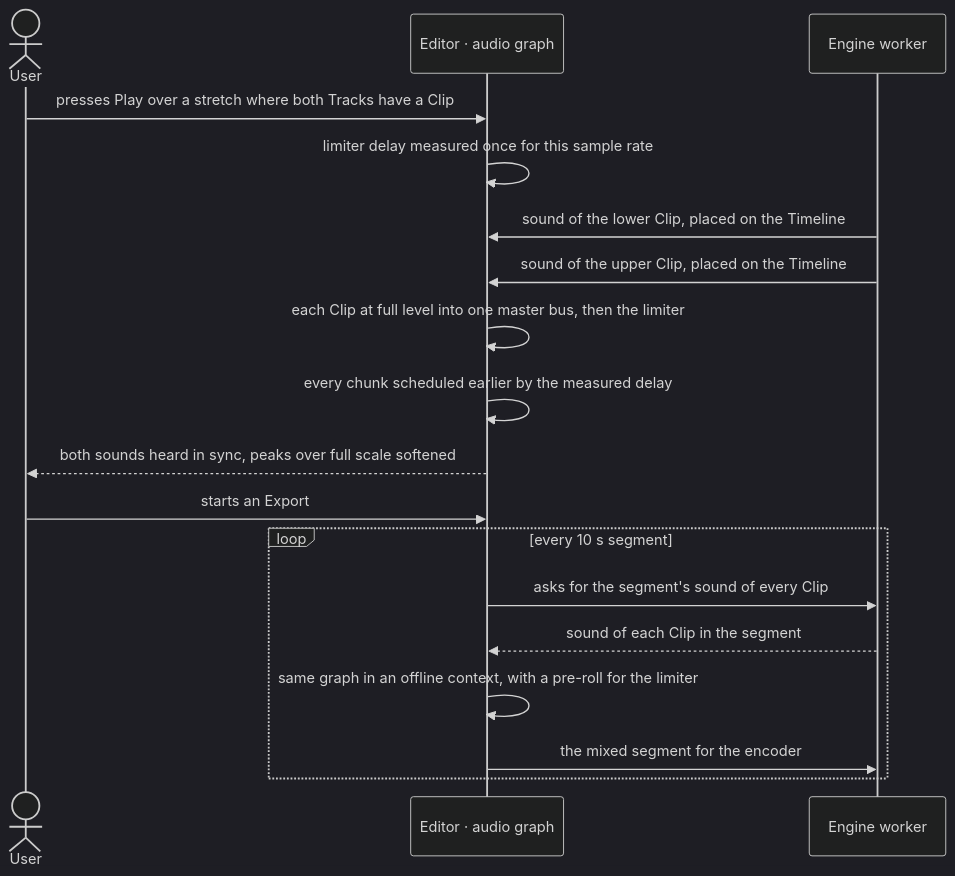
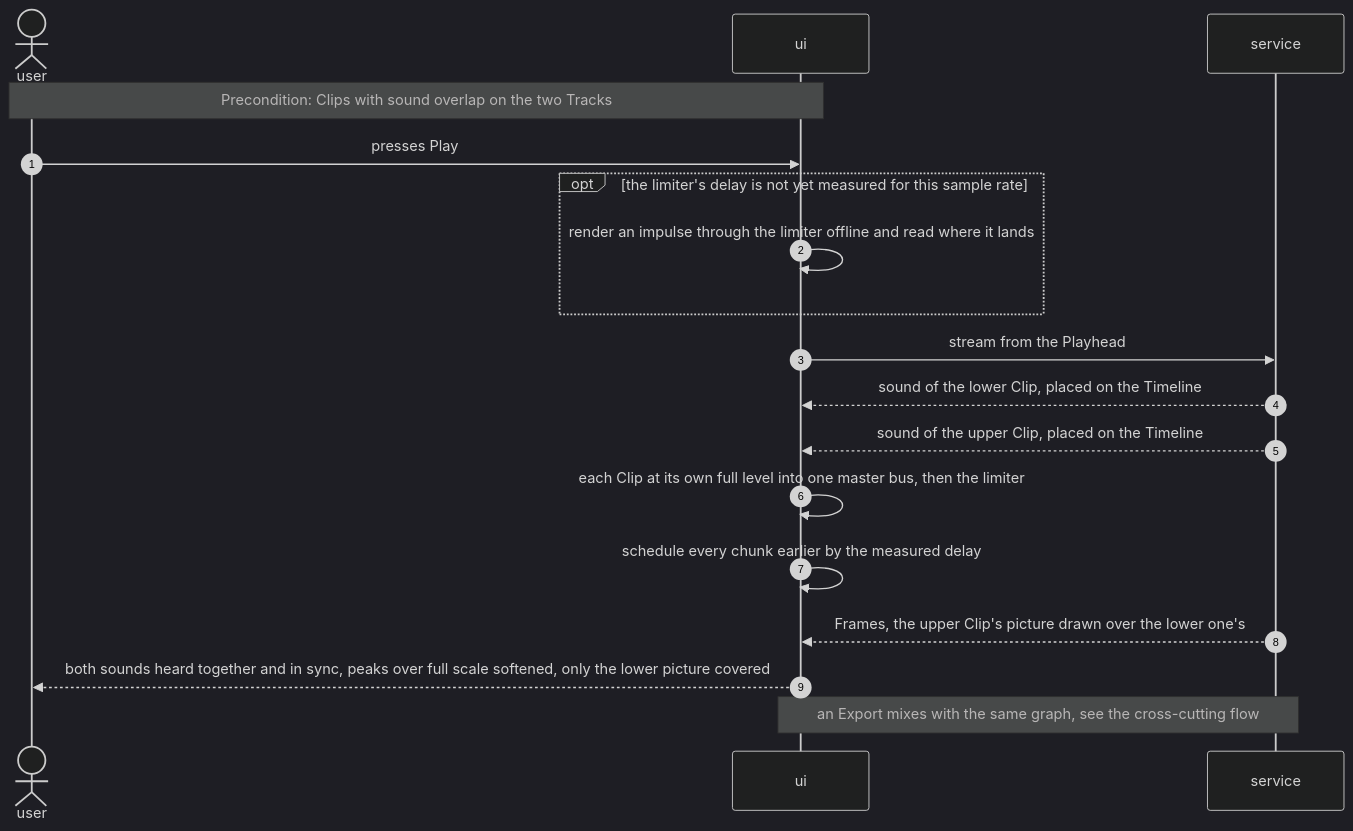
Before and after one commit to GopkoDev/cutroom: diagram 11 of 13 in docs/features/editing/sad.md, drawn with Mermaid (dark theme). The commit also changed other lines of this file, not shown here.

Commit message:
sequences: editing sad.md runtime flows

````diff
--- a/docs/features/editing/sad.md
+++ b/docs/features/editing/sad.md
@@ -347,20 +565,21 @@
 ```mermaid
 sequenceDiagram
-    actor User
-    participant Audio as Editor · audio graph
-    participant Engine as Engine worker
-    User->>Audio: presses Play over a stretch where both Tracks have a Clip
-    Audio->>Audio: limiter delay measured once for this sample rate
-    Engine->>Audio: sound of the lower Clip, placed on the Timeline
-    Engine->>Audio: sound of the upper Clip, placed on the Timeline
-    Audio->>Audio: each Clip at full level into one master bus, then the limiter
-    Audio->>Audio: every chunk scheduled earlier by the measured delay
-    Audio-->>User: both sounds heard in sync, peaks over full scale softened
-    User->>Audio: starts an Export
-    loop every 10 s segment
-        Audio->>Engine: asks for the segment's sound of every Clip
-        Engine-->>Audio: sound of each Clip in the segment
-        Audio->>Audio: same graph in an offline context, with a pre-roll for the limiter
-        Audio->>Engine: the mixed segment for the encoder
+    autonumber
+    actor U as user
+    participant UI as ui
+    participant S as service
+
+    Note over U,UI: Precondition: Clips with sound overlap on the two Tracks
+    U->>UI: presses Play
+    opt the limiter's delay is not yet measured for this sample rate
+        UI->>UI: render an impulse through the limiter offline and read where it lands
     end
+    UI->>S: stream from the Playhead
+    S-->>UI: sound of the lower Clip, placed on the Timeline
+    S-->>UI: sound of the upper Clip, placed on the Timeline
+    UI->>UI: each Clip at its own full level into one master bus, then the limiter
+    UI->>UI: schedule every chunk earlier by the measured delay
+    S-->>UI: Frames, the upper Clip's picture drawn over the lower one's
+    UI-->>U: both sounds heard together and in sync, peaks over full scale softened, only the lower picture covered
+    Note over UI,S: an Export mixes with the same graph, see the cross-cutting flow
 ```
````
